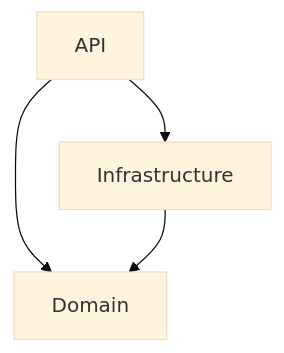
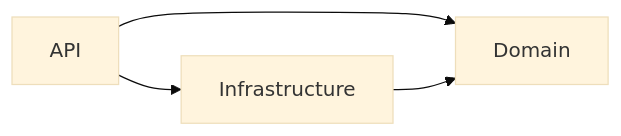
Before and after one commit to ra-baal/parking-service: the diagram in README.md, drawn with Mermaid (base theme).

Commit message:
Readme update

````diff
--- a/README.md
+++ b/README.md
@@ -5,11 +5,11 @@
 ```mermaid
-graph TD
+graph LR
 	Api[API]
 	Dom[Domain]
 	Inf[Infrastructure]
 
     Api --> Dom
 	Api --> Inf
 
     Inf --> Dom
 ```
````
